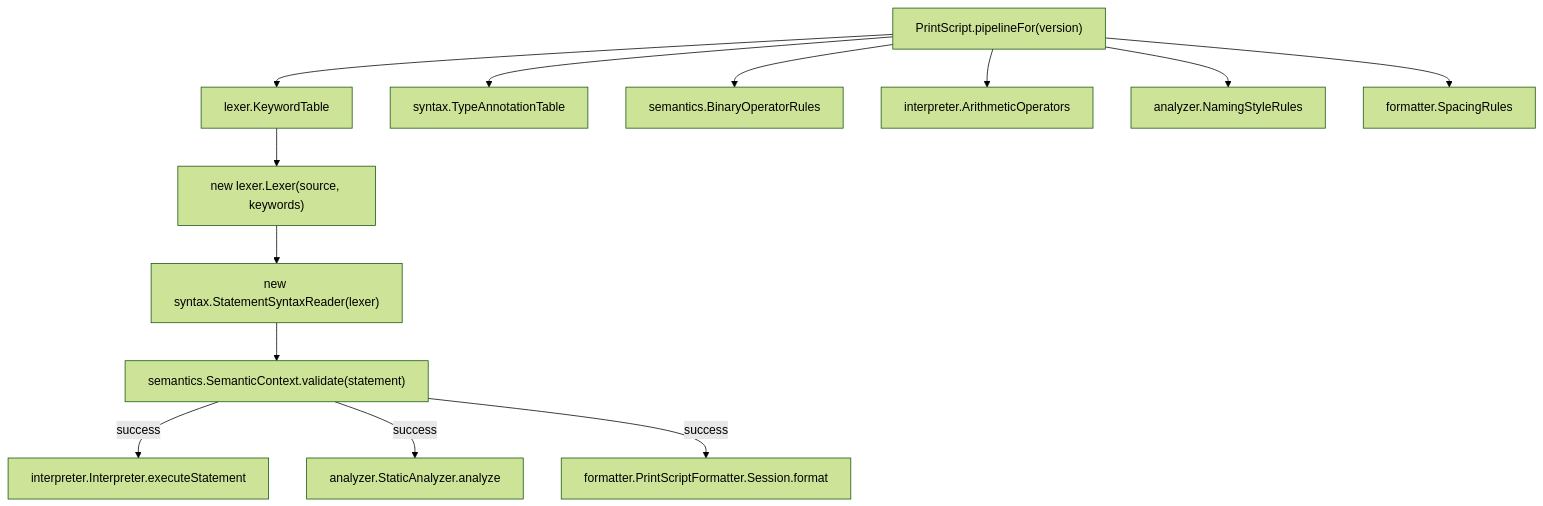
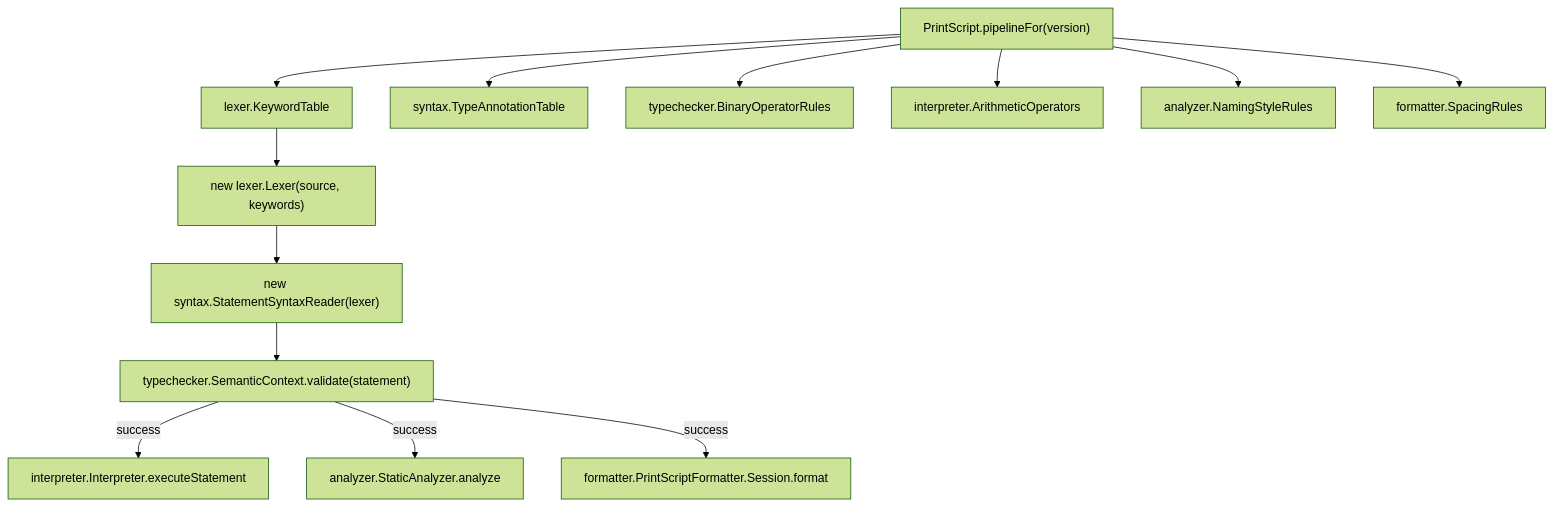
Before and after one commit to GarroteSantiago/printscript: the diagram in application/ARCHITECTURE.md, drawn with Mermaid (forest theme). The commit also changed 28 other files, not shown here.

````diff
--- a/application/ARCHITECTURE.md
+++ b/application/ARCHITECTURE.md
@@ -51,15 +51,15 @@
 ```mermaid
 graph TD
     PrintScript["PrintScript.pipelineFor(version)"] --> Keywords["lexer.KeywordTable"]
     PrintScript --> TypeAnn["syntax.TypeAnnotationTable"]
-    PrintScript --> BinOps["semantics.BinaryOperatorRules"]
+    PrintScript --> BinOps["typechecker.BinaryOperatorRules"]
     PrintScript --> ArithOps["interpreter.ArithmeticOperators"]
     PrintScript --> Naming["analyzer.NamingStyleRules"]
     PrintScript --> Spacing["formatter.SpacingRules"]
     Keywords --> Lexer["new lexer.Lexer(source, keywords)"]
     Lexer --> Parser["new syntax.StatementSyntaxReader(lexer)"]
-    Parser --> SemCtx["semantics.SemanticContext.validate(statement)"]
+    Parser --> SemCtx["typechecker.SemanticContext.validate(statement)"]
     SemCtx -->|success| Interp["interpreter.Interpreter.executeStatement"]
     SemCtx -->|success| Analyzer["analyzer.StaticAnalyzer.analyze"]
     SemCtx -->|success| Fmt["formatter.PrintScriptFormatter.Session.format"]
 ```
````
